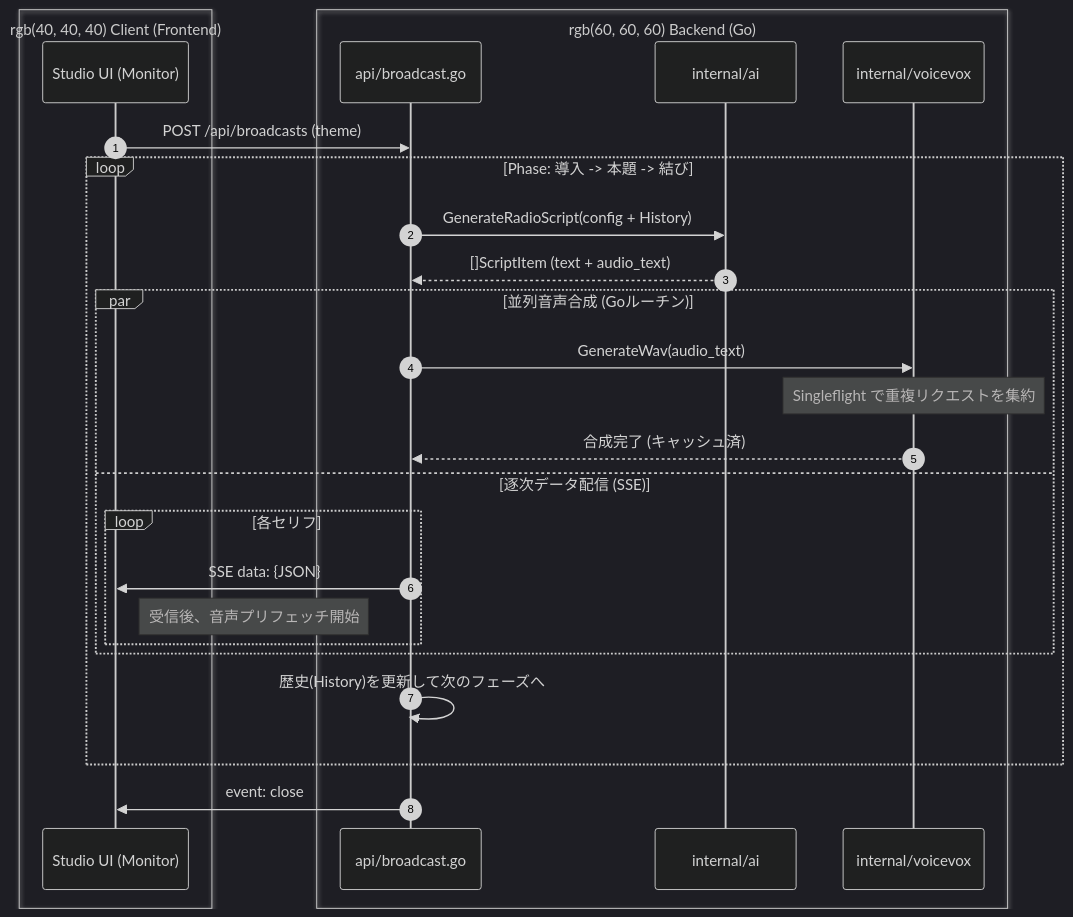
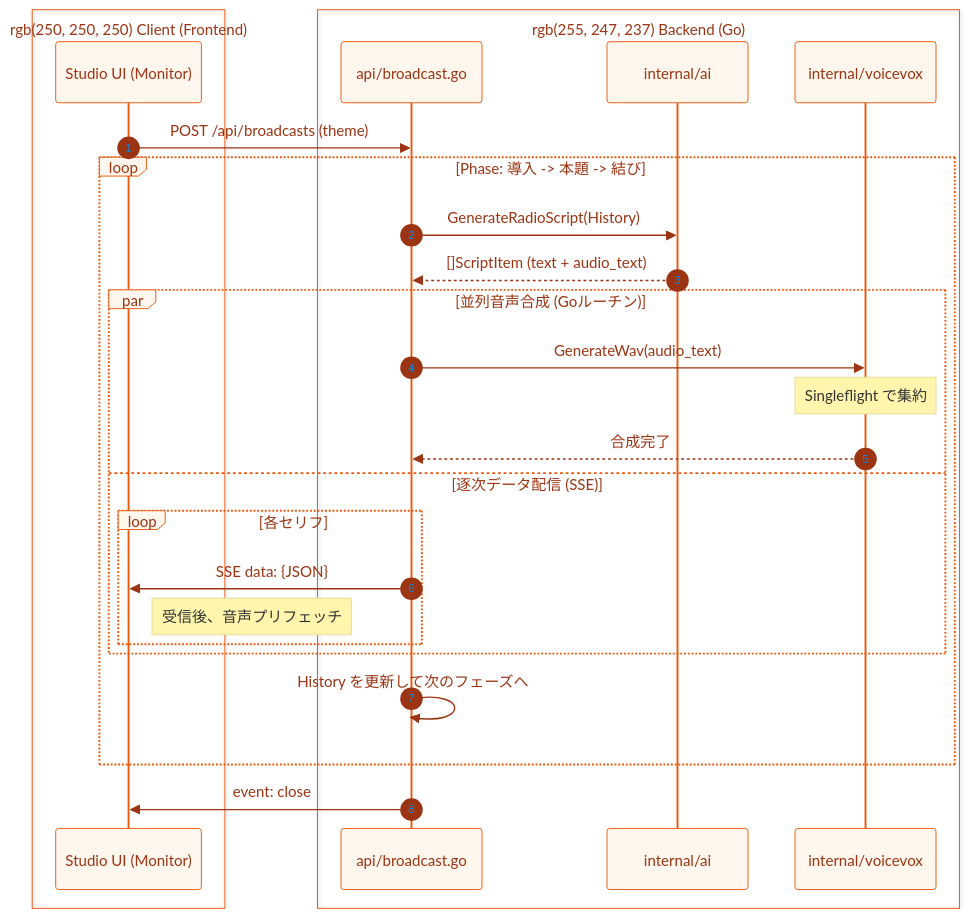
Before and after one commit to yuma25/AI-Radio-Room: the second of 4 diagrams in docs/system_flow.md, drawn with Mermaid. The commit also changed other lines of this file and 1 other file, not shown here.

Commit message:
docs: improve visual styling and update content for frontend reference and system flow

````diff
--- a/docs/system_flow.md
+++ b/docs/system_flow.md
@@ -49,37 +53,37 @@
 ```mermaid
-%%{init: {'theme': 'dark', 'themeVariables': { 'primaryColor': '#333', 'primaryTextColor': '#fff', 'primaryBorderColor': '#777', 'lineColor': '#aaa', 'secondaryColor': '#444', 'tertiaryColor': '#222'}}}%%
+%%{init: {'theme': 'base', 'themeVariables': { 'primaryColor': '#fff7ed', 'primaryTextColor': '#9a3412', 'primaryBorderColor': '#ea580c', 'lineColor': '#f97316'}}}%%
 sequenceDiagram
     autonumber
 
-    box rgb(40, 40, 40) Client (Frontend)
+    box rgb(250, 250, 250) Client (Frontend)
         participant UI as Studio UI (Monitor)
     end
 
-    box rgb(60, 60, 60) Backend (Go)
+    box rgb(255, 247, 237) Backend (Go)
         participant Handler as api/broadcast.go
         participant AI as internal/ai
         participant VV as internal/voicevox
     end
 
     UI->>Handler: POST /api/broadcasts (theme)
     
     loop Phase: 導入 -> 本題 -> 結び
-        Handler->>AI: GenerateRadioScript(config + History)
+        Handler->>AI: GenerateRadioScript(History)
         AI-->>Handler: []ScriptItem (text + audio_text)
         
         par 並列音声合成 (Goルーチン)
             Handler->>VV: GenerateWav(audio_text)
-            Note over VV: Singleflight で重複リクエストを集約
-            VV-->>Handler: 合成完了 (キャッシュ済)
+            Note over VV: Singleflight で集約
+            VV-->>Handler: 合成完了
         and 逐次データ配信 (SSE)
             loop 各セリフ
                 Handler->>UI: SSE data: {JSON}
-                Note right of UI: 受信後、音声プリフェッチ開始
+                Note right of UI: 受信後、音声プリフェッチ
             end
         end
         
-        Handler->>Handler: 歴史(History)を更新して次のフェーズへ
+        Handler->>Handler: History を更新して次のフェーズへ
     end
 
     Handler->>UI: event: close
 ```
````
